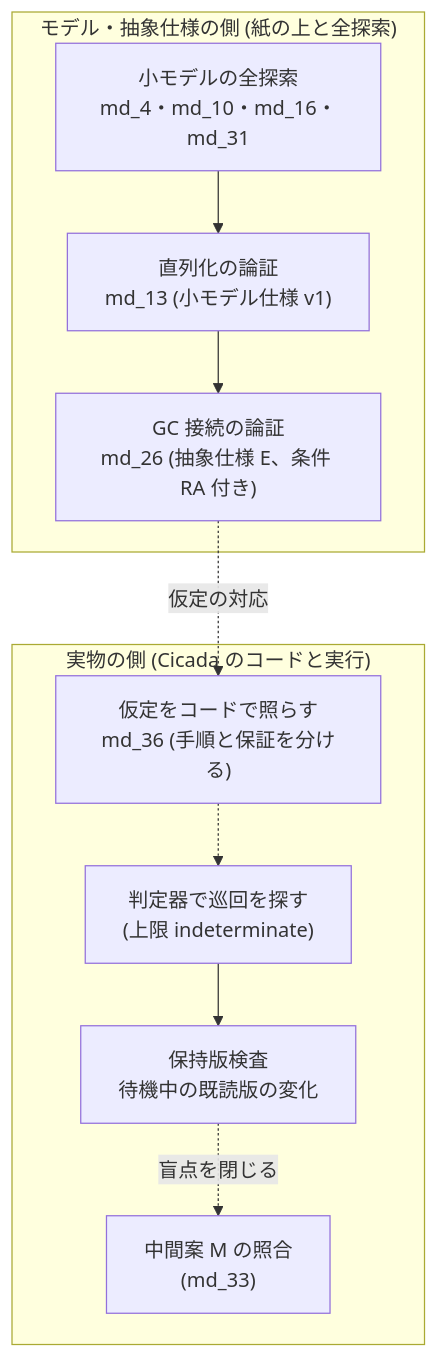
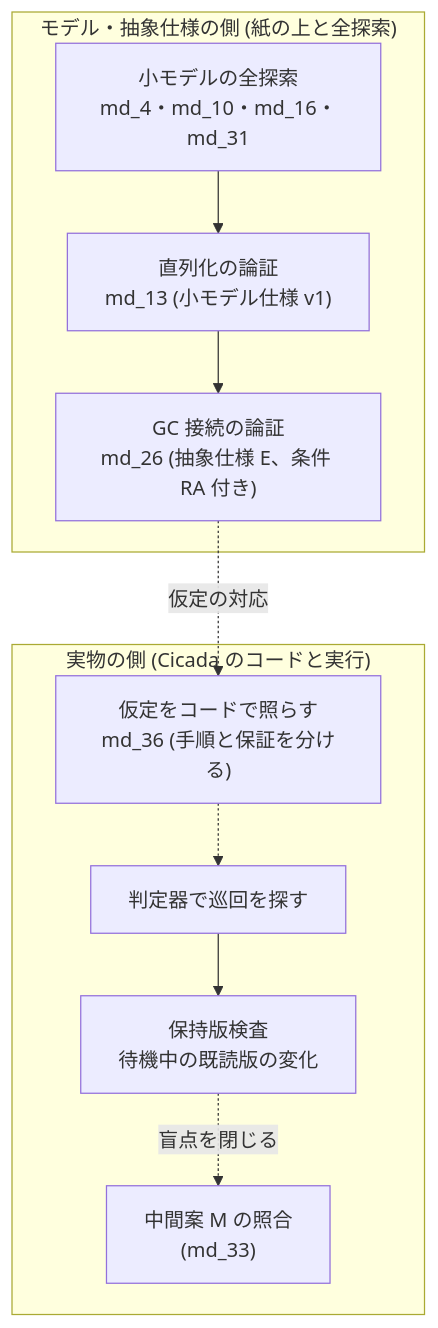
Before and after one commit to thawk105/izanagi: the sixth of 14 diagrams in output/insights/2026-10-01/vhash-manuscript-draft-v3/README.md, drawn with Mermaid. The commit also changed other lines of this file and 4 other files, not shown here.

First line of the commit message:
docs(vhash): [T-2938]・[T-2958] 段 6 レビュー所見の直し (H1 の主指標、待ちの下限、S1 と S2 の比較相手、方策 b の分岐、3 版目の誤記 1 件、Mermaid の判定語)

````diff
--- a/output/insights/2026-10-01/vhash-manuscript-draft-v3/README.md
+++ b/output/insights/2026-10-01/vhash-manuscript-draft-v3/README.md
@@ -387,19 +387,19 @@
 ```mermaid
 flowchart TB
   subgraph M["モデル・抽象仕様の側 (紙の上と全探索)"]
     m4["小モデルの全探索<br/>md_4・md_10・md_16・md_31"]
     m13["直列化の論証<br/>md_13 (小モデル仕様 v1)"]
     m26["GC 接続の論証<br/>md_26 (抽象仕様 E、条件 RA 付き)"]
   end
   subgraph I["実物の側 (Cicada のコードと実行)"]
     code["仮定をコードで照らす<br/>md_36 (手順と保証を分ける)"]
-    v3["判定器で巡回を探す<br/>(上限 indeterminate)"]
+    v3["判定器で巡回を探す"]
     ret["保持版検査<br/>待機中の既読版の変化"]
     evm["中間案 M の照合<br/>(md_33)"]
   end
   m4 --> m13 --> m26
   m26 -.仮定の対応.-> code
   code -.-> v3
   v3 --> ret
   ret -.盲点を閉じる.-> evm
 ```
````
